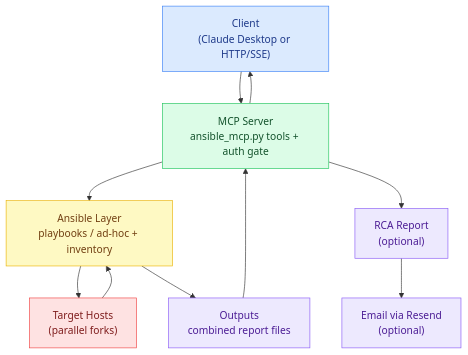
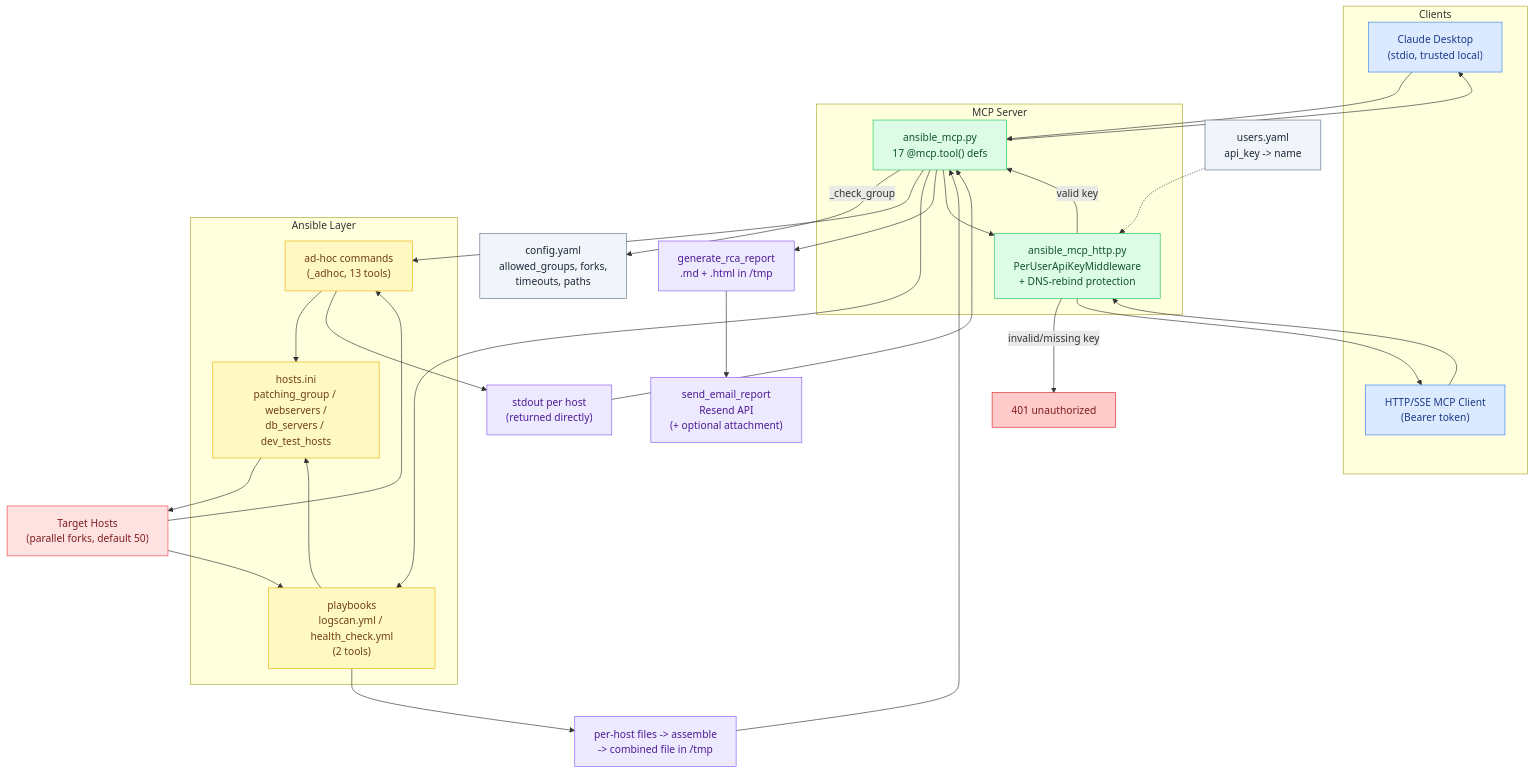
One commit to debabrata-oss/ansible-log-mcp changed the diagram in ARCHITECTURE.md. Above: the diagram before and after it, drawn with Mermaid. The commit also changed other lines of this file, not shown here.

First line of the commit message:
Expand ARCHITECTURE.md with full tool inventory and auth detail

````diff
--- a/ARCHITECTURE.md
+++ b/ARCHITECTURE.md
@@ -17,32 +66,72 @@
 ```mermaid
 flowchart TD
-    CLIENT["Client\n(Claude Desktop or HTTP/SSE)"]
-    SERVER["MCP Server\nansible_mcp.py tools + auth gate"]
-    ANSIBLE["Ansible Layer\nplaybooks / ad-hoc + inventory"]
-    TARGETS["Target Hosts\n(parallel forks)"]
-    OUTPUTS["Outputs\ncombined report files"]
-    RCA["RCA Report\n(optional)"]
-    MAIL["Email via Resend\n(optional)"]
+    subgraph Clients
+        DESKTOP["Claude Desktop\n(stdio, trusted local)"]
+        HTTPCLIENT["HTTP/SSE MCP Client\n(Bearer token)"]
+    end
 
-    CLIENT --> SERVER
-    SERVER --> ANSIBLE
-    ANSIBLE --> TARGETS
-    TARGETS --> ANSIBLE
-    ANSIBLE --> OUTPUTS
-    OUTPUTS --> SERVER
-    SERVER --> RCA
+    subgraph Server["MCP Server"]
+        STDIO["ansible_mcp.py\n17 @mcp.tool() defs"]
+        AUTH["ansible_mcp_http.py\nPerUserApiKeyMiddleware\n+ DNS-rebind protection"]
+    end
+
+    CFG["config.yaml\nallowed_groups, forks,\ntimeouts, paths"]
+    USERS["users.yaml\napi_key -> name"]
+
+    subgraph Ansible["Ansible Layer"]
+        ADHOC["ad-hoc commands\n(_adhoc, 13 tools)"]
+        PLAYBOOKS["playbooks\nlogscan.yml / health_check.yml\n(2 tools)"]
+        INV["hosts.ini\npatching_group / webservers /\ndb_servers / dev_test_hosts"]
+    end
+
+    TARGETS["Target Hosts\n(parallel forks, default 50)"]
+
+    OUT_ADHOC["stdout per host\n(returned directly)"]
+    OUT_PLAYBOOK["per-host files -> assemble\n-> combined file in /tmp"]
+
+    RCA["generate_rca_report\n.md + .html in /tmp"]
+    MAIL["send_email_report\nResend API\n(+ optional attachment)"]
+
+    DESKTOP --> STDIO
+    HTTPCLIENT --> AUTH
+    AUTH -->|valid key| STDIO
+    AUTH -->|invalid/missing key| REJECT["401 unauthorized"]
+    USERS -.-> AUTH
+
+    STDIO -->|_check_group| CFG
+    STDIO --> ADHOC
+    STDIO --> PLAYBOOKS
+    ADHOC --> INV
+    PLAYBOOKS --> INV
+    INV --> TARGETS
+    TARGETS --> ADHOC
+    TARGETS --> PLAYBOOKS
+
+    ADHOC --> OUT_ADHOC
+    PLAYBOOKS --> OUT_PLAYBOOK
+    OUT_ADHOC --> STDIO
+    OUT_PLAYBOOK --> STDIO
+
+    STDIO --> RCA
     RCA --> MAIL
-    SERVER --> CLIENT
+
+    STDIO --> DESKTOP
+    STDIO --> AUTH
+    AUTH --> HTTPCLIENT
 
     classDef client fill:#dbeafe,stroke:#3b82f6,color:#1e3a8a;
     classDef server fill:#dcfce7,stroke:#22c55e,color:#14532d;
+    classDef config fill:#f1f5f9,stroke:#64748b,color:#1e293b;
     classDef ansible fill:#fef9c3,stroke:#eab308,color:#713f12;
     classDef targets fill:#fee2e2,stroke:#ef4444,color:#7f1d1d;
     classDef outputs fill:#ede9fe,stroke:#8b5cf6,color:#4c1d95;
+    classDef reject fill:#fecaca,stroke:#dc2626,color:#7f1d1d;
 
-    class CLIENT client;
-    class SERVER server;
-    class ANSIBLE ansible;
+    class DESKTOP,HTTPCLIENT client;
+    class STDIO,AUTH server;
+    class CFG,USERS config;
+    class ADHOC,PLAYBOOKS,INV ansible;
     class TARGETS targets;
-    class OUTPUTS,RCA,MAIL outputs;
+    class OUT_ADHOC,OUT_PLAYBOOK,RCA,MAIL outputs;
+    class REJECT reject;
 ```
````
